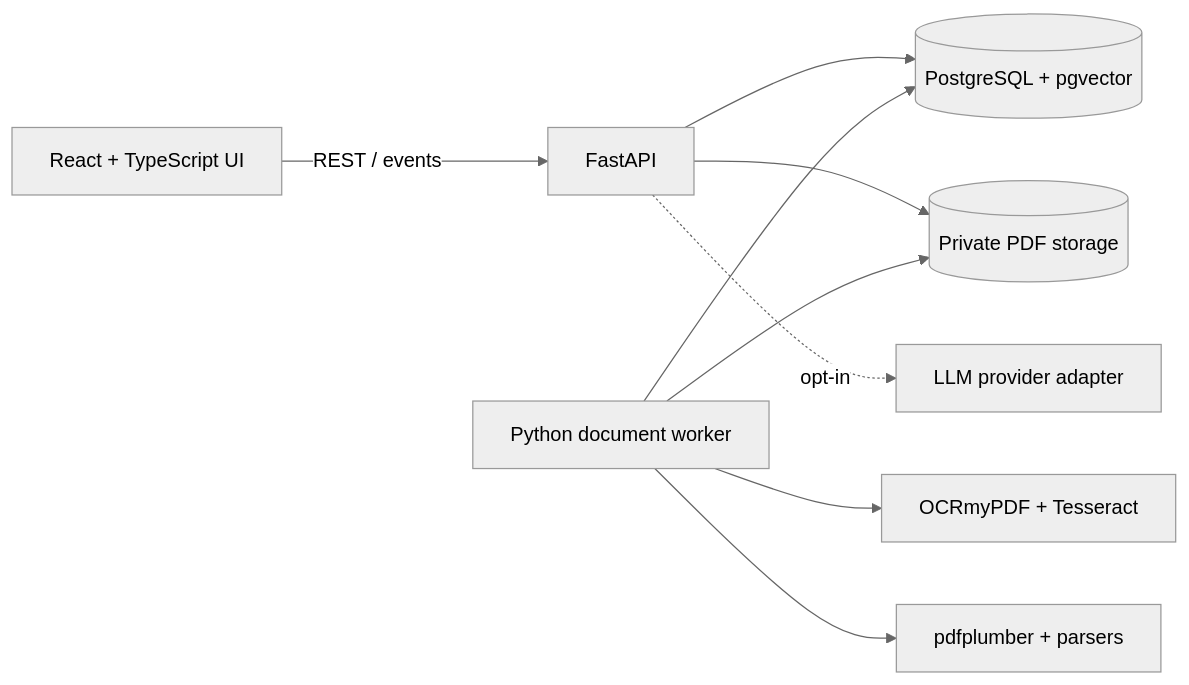
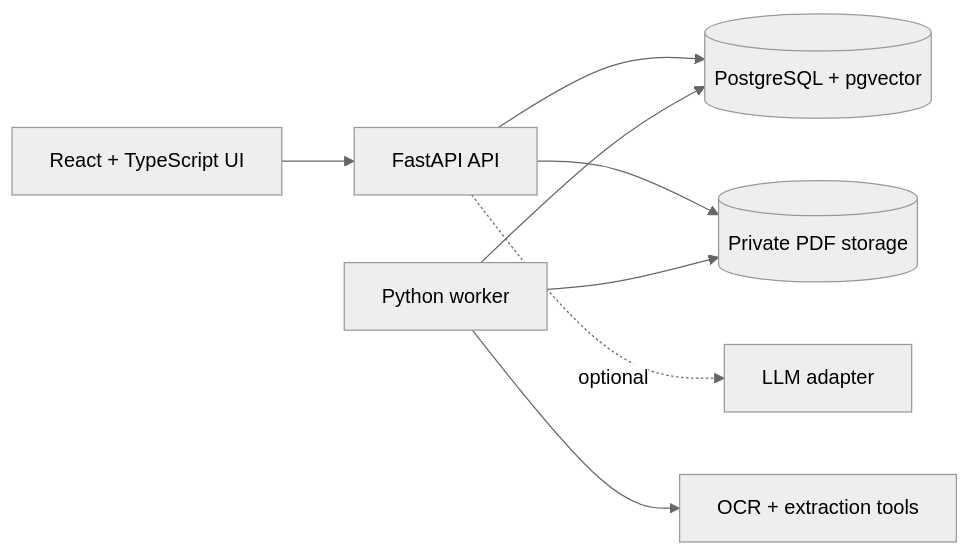
One commit to felipe0328/supplylens changed the first of 2 diagrams in README.md. Above: the diagram before and after it, drawn with Mermaid (neutral theme). The commit also changed other lines of this file and 22 other files, not shown here.

````diff
--- a/README.md
+++ b/README.md
@@ -74,11 +68,10 @@
 ```mermaid
 flowchart LR
-    UI[React + TypeScript UI] -->|REST / events| API[FastAPI]
+    UI[React + TypeScript UI] --> API[FastAPI API]
     API --> DB[(PostgreSQL + pgvector)]
     API --> STORE[(Private PDF storage)]
-    WORKER[Python document worker] --> DB
+    WORKER[Python worker] --> DB
     WORKER --> STORE
-    WORKER --> OCR[OCRmyPDF + Tesseract]
-    WORKER --> PARSE[pdfplumber + parsers]
-    API -. opt-in .-> LLM[LLM provider adapter]
+    WORKER --> OCR[OCR + extraction tools]
+    API -. optional .-> LLM[LLM adapter]
 ```
````
